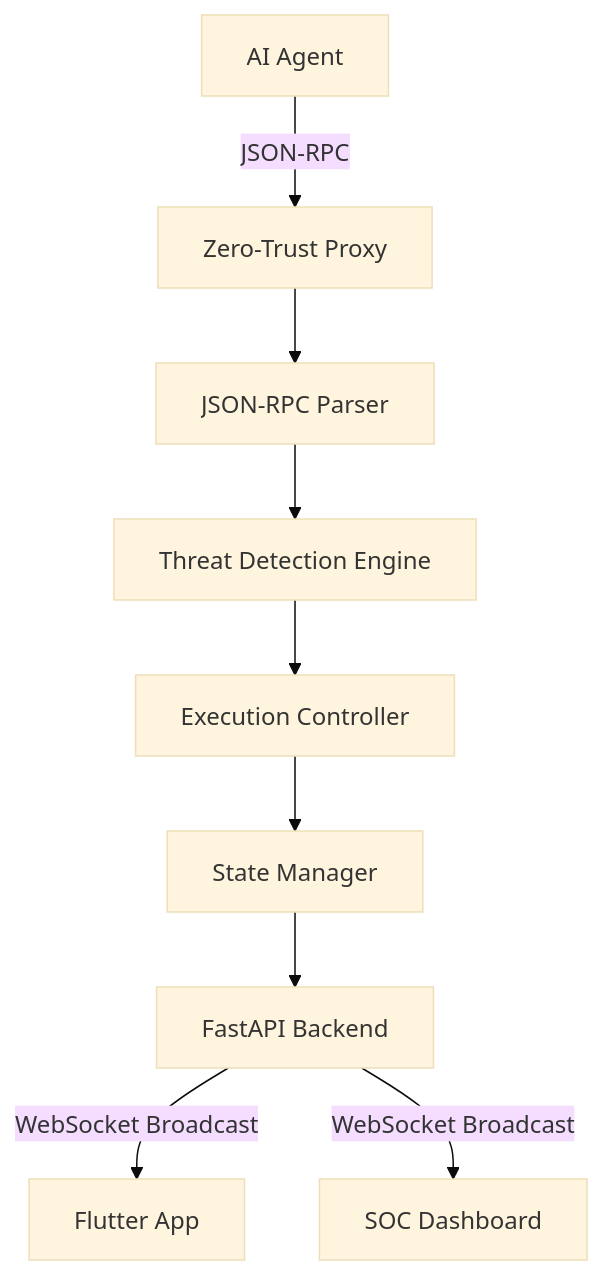
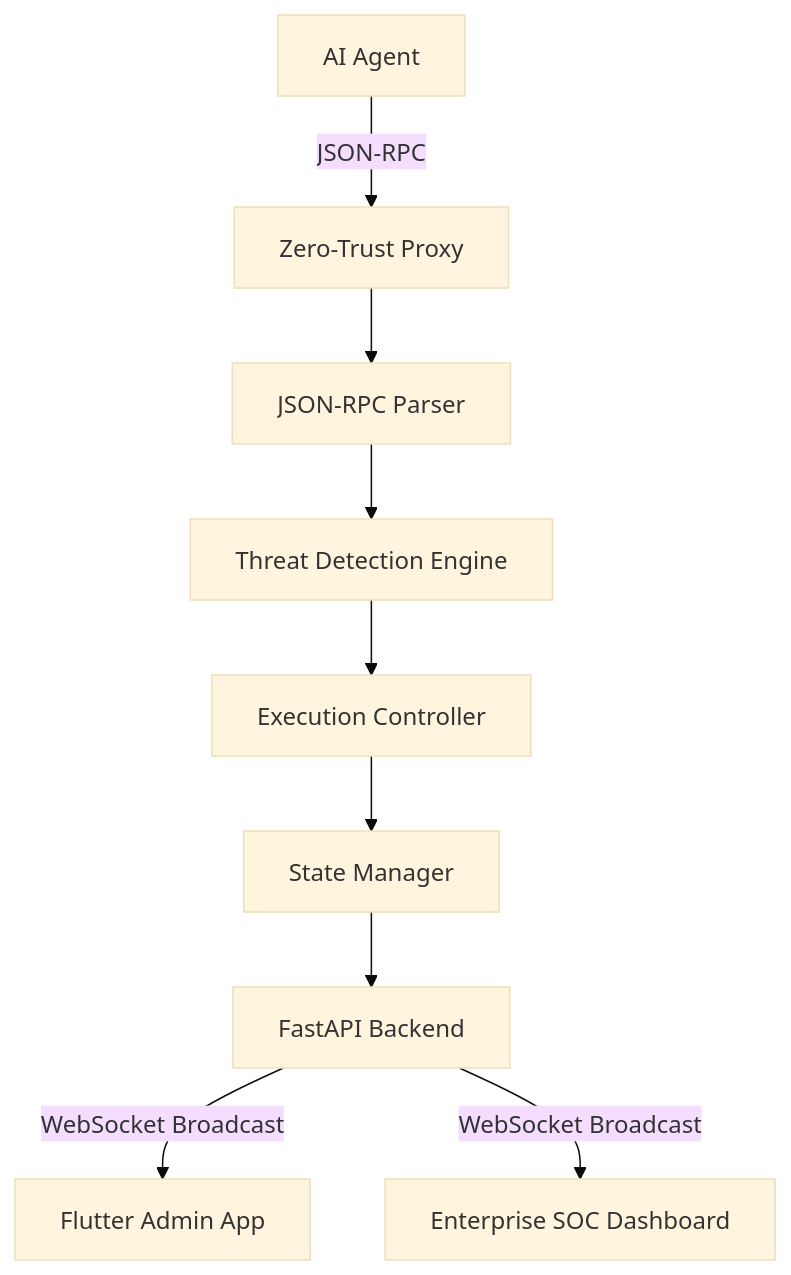
One commit to SyntaxNoob19/InfraGuard changed the diagram in README.md. Above: the diagram before and after it, drawn with Mermaid (base theme). The commit also changed other lines of this file, not shown here.

````diff
--- a/README.md
+++ b/README.md
@@ -110,12 +116,22 @@
 ```mermaid
 flowchart TD
-    Agent[AI Agent] -->|JSON-RPC| Proxy[Zero-Trust Proxy]
-    Proxy --> Parser[JSON-RPC Parser]
-    Parser --> Engine[Threat Detection Engine]
-    Engine --> Controller[Execution Controller]
-    Controller --> StateManager[State Manager]
-    StateManager --> API[FastAPI Backend]
-    
-    API -->|WebSocket Broadcast| Flutter[Flutter App]
-    API -->|WebSocket Broadcast| SOC[SOC Dashboard]
+    Agent[AI Agent]
+    Proxy[Zero-Trust Proxy]
+    Parser[JSON-RPC Parser]
+    Engine[Threat Detection Engine]
+    Controller[Execution Controller]
+    State[State Manager]
+    API[FastAPI Backend]
+    Flutter[Flutter Admin App]
+    SOC[Enterprise SOC Dashboard]
+
+    Agent -->|JSON-RPC| Proxy
+    Proxy --> Parser
+    Parser --> Engine
+    Engine --> Controller
+    Controller --> State
+    State --> API
+
+    API -->|WebSocket Broadcast| Flutter
+    API -->|WebSocket Broadcast| SOC
 ```
````
